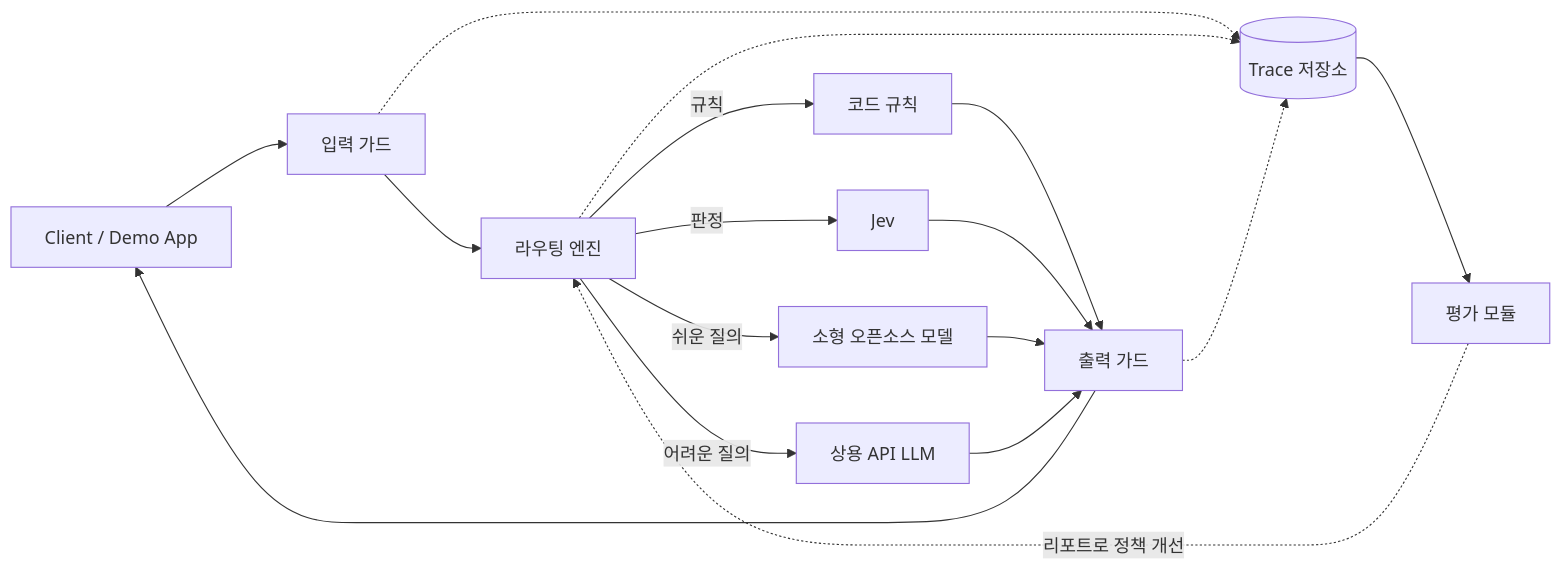
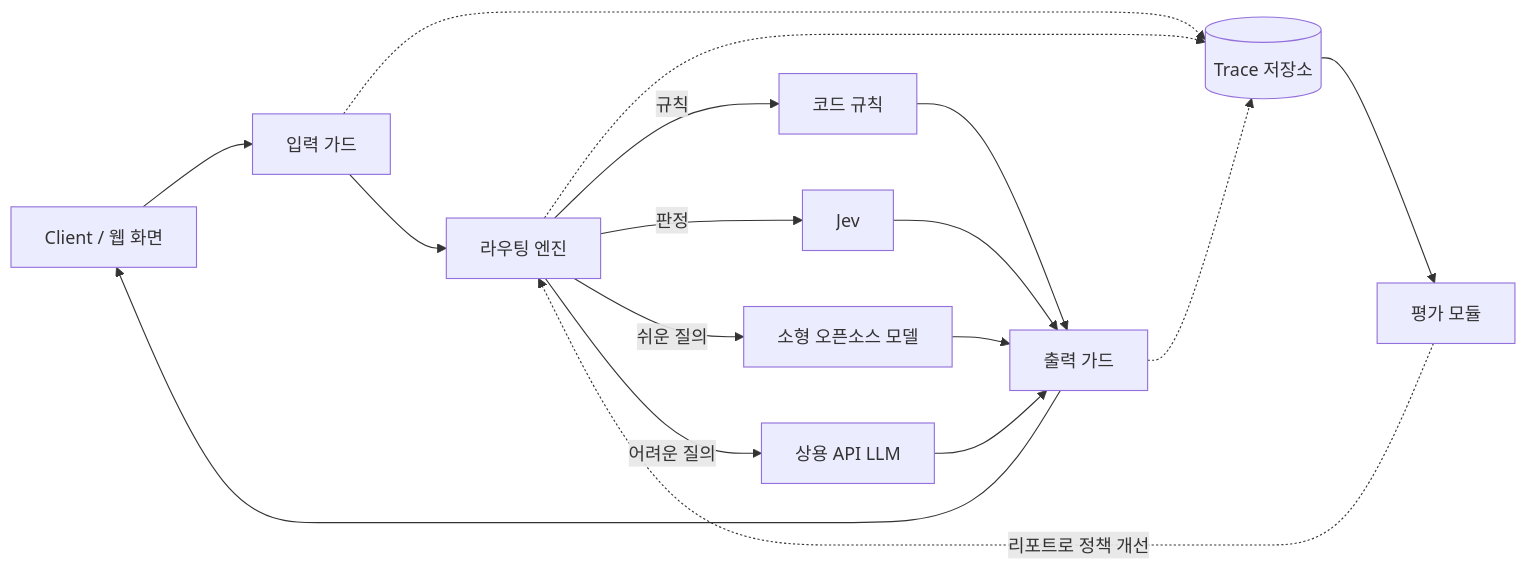
The diagram in README.md (rspstat/LLMOps), drawn with Mermaid before and after one commit. The commit also changed other lines of this file and 12 other files, not shown here.

````diff
--- a/README.md
+++ b/README.md
@@ -24,14 +106,14 @@
 ```mermaid
 flowchart LR
-    C[Client / Demo App] --> IG[입력 가드]
+    C[Client / 웹 화면] --> IG[입력 가드]
     IG --> R[라우팅 엔진]
     R -->|규칙| X1[코드 규칙]
     R -->|판정| X2[Jev]
     R -->|쉬운 질의| X3[소형 오픈소스 모델]
     R -->|어려운 질의| X4[상용 API LLM]
     X1 & X2 & X3 & X4 --> OG[출력 가드]
     OG --> C
     IG & R & OG -.-> T[(Trace 저장소)]
     T --> E[평가 모듈]
     E -.->|리포트로 정책 개선| R
 ```
````
